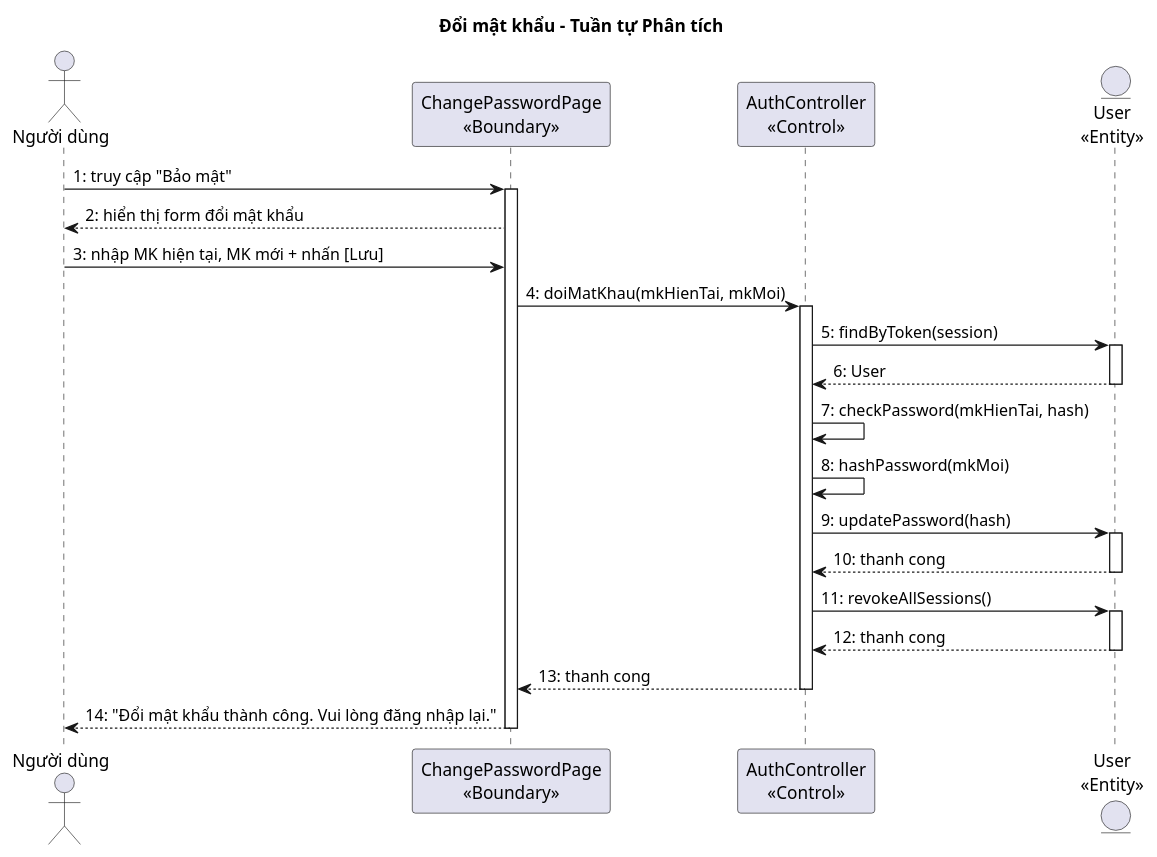
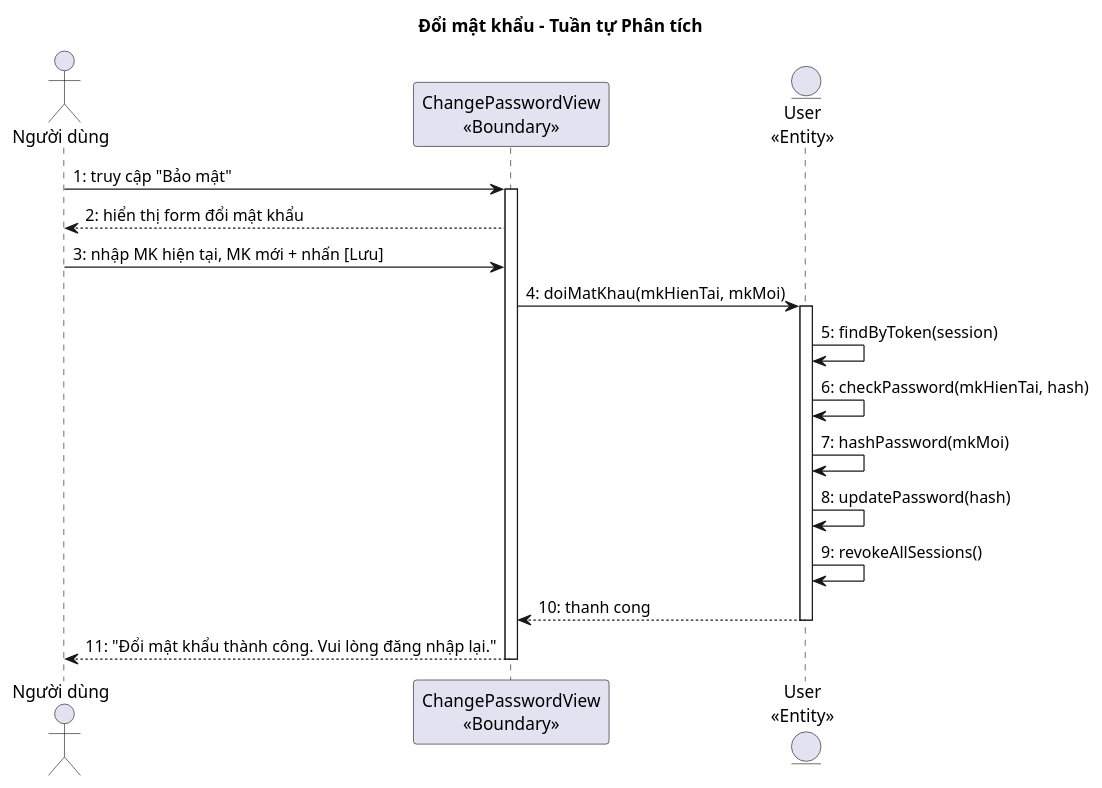
One commit to thanhtrnnn/cnpm changed the third of 5 diagrams in docs/tabs/section-account-ii.md. Above: the diagram before and after it, drawn with PlantUML. The commit also changed other lines of this file and 7 other files, not shown here.

First line of the commit message:
fix: analysis phase — View suffix, no Controller, methods on Entity

````diff
--- a/docs/tabs/section-account-ii.md
+++ b/docs/tabs/section-account-ii.md
@@ -336,35 +344,25 @@
 ```plantuml
 @startuml
 title Đổi mật khẩu – Tuần tự Phân tích
 
-actor "Người dùng" as User
-participant "ChangePasswordPage\n<<Boundary>>" as B1
-participant "AuthController\n<<Control>>" as C1
+actor "Người dùng" as ND
+participant "ChangePasswordView\n<<Boundary>>" as B1
 entity "User\n<<Entity>>" as E1
 
-User -> B1 : 1: truy cập "Bảo mật"
+ND -> B1 : 1: truy cập "Bảo mật"
 activate B1
-B1 --> User : 2: hiển thị form đổi mật khẩu
-User -> B1 : 3: nhập MK hiện tại, MK mới + nhấn [Lưu]
-B1 -> C1 : 4: doiMatKhau(mkHienTai, mkMoi)
-activate C1
-C1 -> E1 : 5: findByToken(session)
+B1 --> ND : 2: hiển thị form đổi mật khẩu
+ND -> B1 : 3: nhập MK hiện tại, MK mới + nhấn [Lưu]
+B1 -> E1 : 4: doiMatKhau(mkHienTai, mkMoi)
 activate E1
-E1 --> C1 : 6: User
+E1 -> E1 : 5: findByToken(session)
+E1 -> E1 : 6: checkPassword(mkHienTai, hash)
+E1 -> E1 : 7: hashPassword(mkMoi)
+E1 -> E1 : 8: updatePassword(hash)
+E1 -> E1 : 9: revokeAllSessions()
+E1 --> B1 : 10: thanh cong
 deactivate E1
-C1 -> C1 : 7: checkPassword(mkHienTai, hash)
-C1 -> C1 : 8: hashPassword(mkMoi)
-C1 -> E1 : 9: updatePassword(hash)
-activate E1
-E1 --> C1 : 10: thanh cong
-deactivate E1
-C1 -> E1 : 11: revokeAllSessions()
-activate E1
-E1 --> C1 : 12: thanh cong
-deactivate E1
-C1 --> B1 : 13: thanh cong
-deactivate C1
-B1 --> User : 14: "Đổi mật khẩu thành công. Vui lòng đăng nhập lại."
+B1 --> ND : 11: "Đổi mật khẩu thành công. Vui lòng đăng nhập lại."
 deactivate B1
 @enduml
 ```
````
